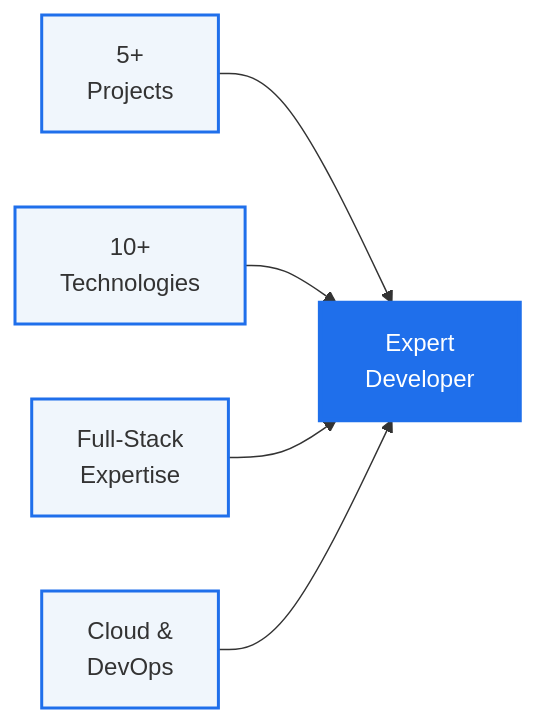
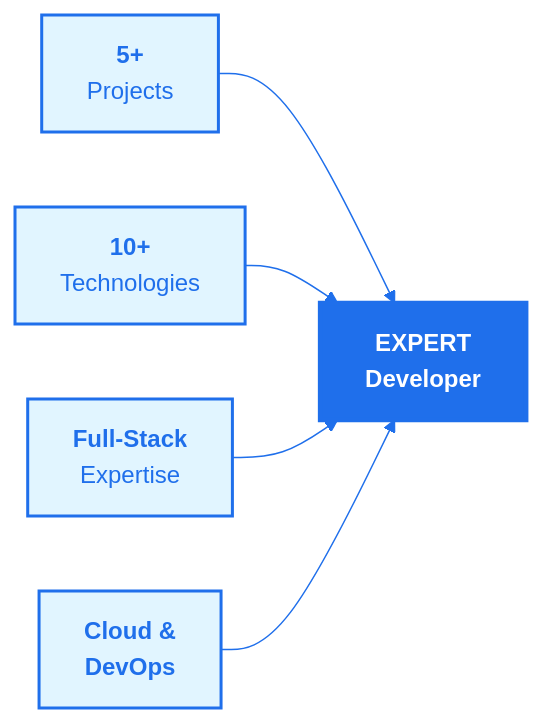
The first of 3 diagrams in README.md (vikrantwiz02/vikrantwiz02), drawn with Mermaid before and after one commit. The commit also changed other lines of this file, not shown here.

````diff
--- a/README.md
+++ b/README.md
@@ -45,13 +72,14 @@
 ```mermaid
+%%{init: {'flowchart': {'htmlLabels': true}, 'theme': 'base', 'themeVariables': { 'primaryColor':'#e1f5ff', 'primaryBorderColor':'#1f6feb', 'lineColor':'#1f6feb', 'tertiaryColor':'#1f6feb', 'tertiaryTextColor':'#fff', 'fontSize':'16px', 'fontFamily': 'Segoe UI'}}}%%
 graph LR
-    A["5+<br/>Projects"] --> E["Expert<br/>Developer"]
-    B["10+<br/>Technologies"] --> E
-    C["Full-Stack<br/>Expertise"] --> E
-    D["Cloud &<br/>DevOps"] --> E
+    A["<b>5+</b><br/>Projects"] --> E["<b>EXPERT</b><br/><b>Developer</b>"]
+    B["<b>10+</b><br/>Technologies"] --> E
+    C["<b>Full-Stack</b><br/>Expertise"] --> E
+    D["<b>Cloud &</b><br/><b>DevOps</b>"] --> E
     
-    style A fill:#f0f6fc,stroke:#1f6feb,stroke-width:2px
-    style B fill:#f0f6fc,stroke:#1f6feb,stroke-width:2px
-    style C fill:#f0f6fc,stroke:#1f6feb,stroke-width:2px
-    style D fill:#f0f6fc,stroke:#1f6feb,stroke-width:2px
+    style A fill:#e1f5ff,stroke:#1f6feb,stroke-width:2px,color:#1f6feb
+    style B fill:#e1f5ff,stroke:#1f6feb,stroke-width:2px,color:#1f6feb
+    style C fill:#e1f5ff,stroke:#1f6feb,stroke-width:2px,color:#1f6feb
+    style D fill:#e1f5ff,stroke:#1f6feb,stroke-width:2px,color:#1f6feb
     style E fill:#1f6feb,stroke:#1f6feb,stroke-width:3px,color:#fff
 ```
````
